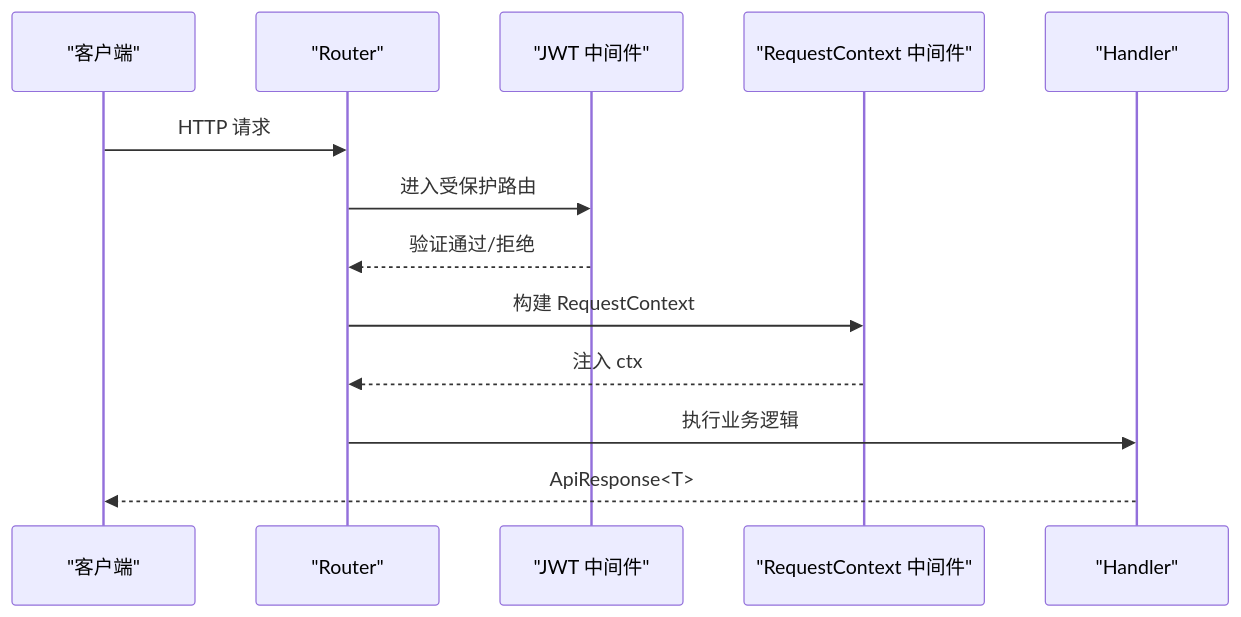
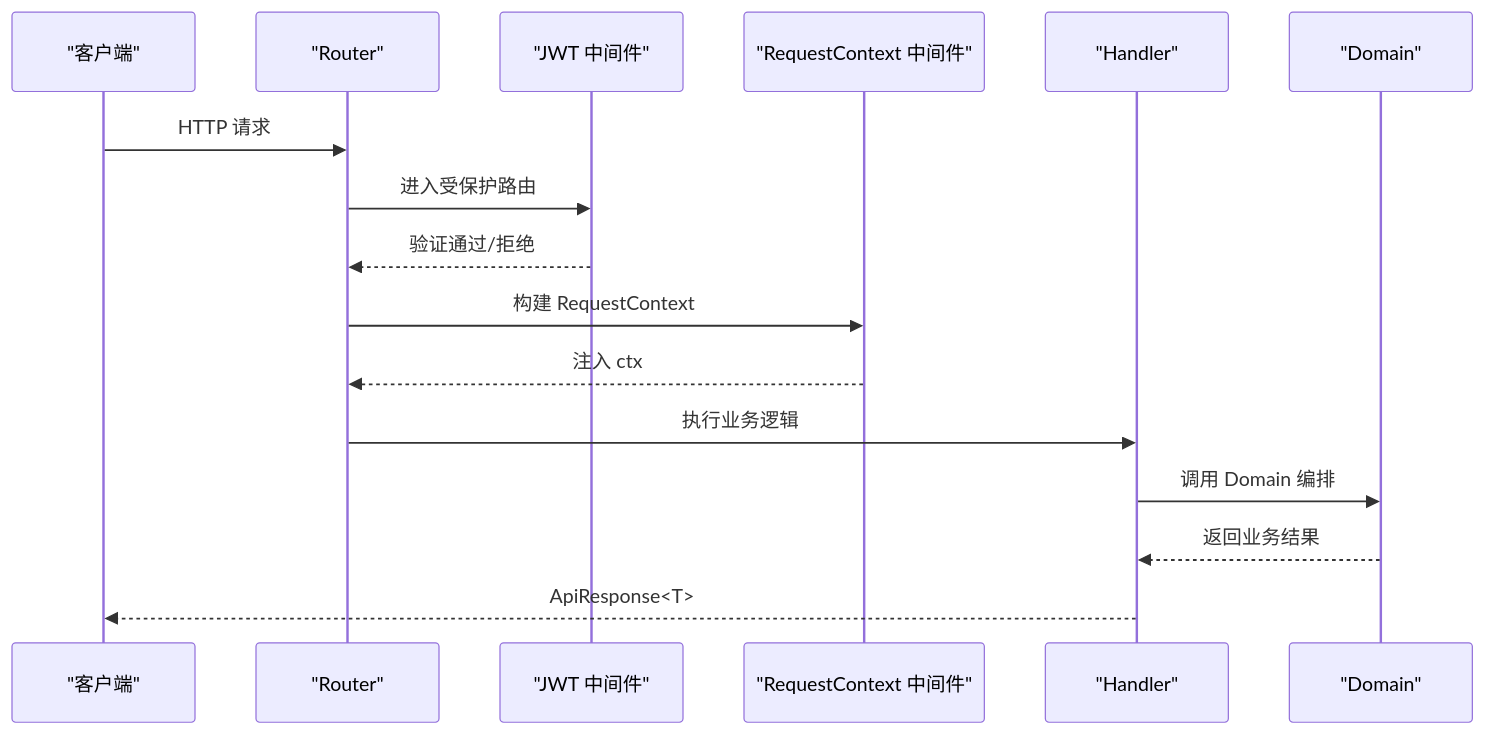
Before and after one commit to runningcoders/ai_orz: the second of 3 diagrams in .qoder/repowiki/zh/content/API 参考/RESTful API/RESTful API.md, drawn with Mermaid. The commit also changed other lines of this file and 9 other files, not shown here.

````diff
--- a/.qoder/repowiki/zh/content/API 参考/RESTful API/RESTful API.md
+++ b/.qoder/repowiki/zh/content/API 参考/RESTful API/RESTful API.md
@@ -76,15 +102,18 @@
 ```mermaid
 sequenceDiagram
 participant C as "客户端"
 participant R as "Router"
 participant M1 as "JWT 中间件"
 participant M2 as "RequestContext 中间件"
 participant H as "Handler"
+participant D as "Domain"
 C->>R : HTTP 请求
 R->>M1 : 进入受保护路由
 M1-->>R : 验证通过/拒绝
 R->>M2 : 构建 RequestContext
 M2-->>R : 注入 ctx
 R->>H : 执行业务逻辑
+H->>D : 调用 Domain 编排
+D-->>H : 返回业务结果
 H-->>C : ApiResponse<T>
 ```
````
